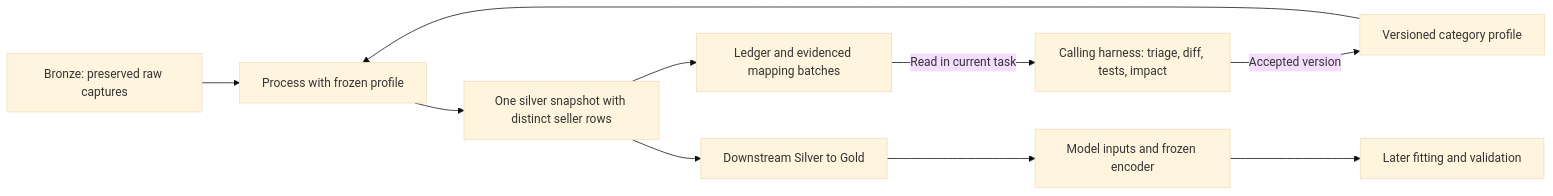
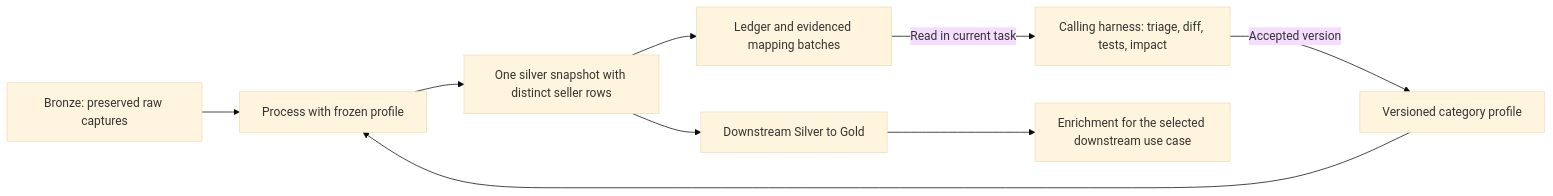
The diagram in docs/data/category-processing.md (CoralLeiCN/rgc), drawn with Mermaid (base theme) before and after one commit. The commit also changed other lines of this file and 64 other files, not shown here.

````diff
--- a/docs/data/category-processing.md
+++ b/docs/data/category-processing.md
@@ -60,12 +126,11 @@
 ```mermaid
 flowchart LR
     R[Bronze: preserved raw captures] --> P[Process with frozen profile]
     C[Versioned category profile] --> P
     P --> S[One silver snapshot with distinct seller rows]
     S --> B[Ledger and evidenced mapping batches]
     B -->|Read in current task| H[Calling harness: triage, diff, tests, impact]
     H -->|Accepted version| C
     S --> G[Downstream Silver to Gold]
-    G --> M[Model inputs and frozen encoder]
-    M --> F[Later fitting and validation]
+    G --> M[Enrichment for the selected downstream use case]
 ```
````
